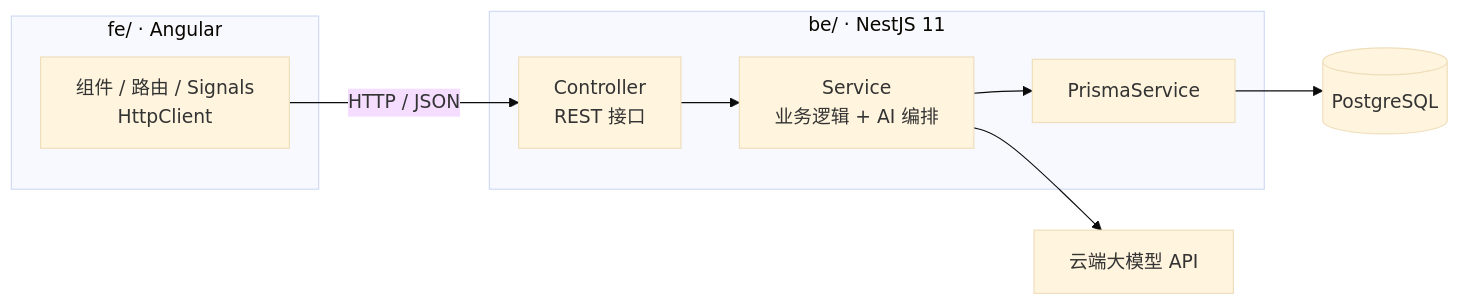
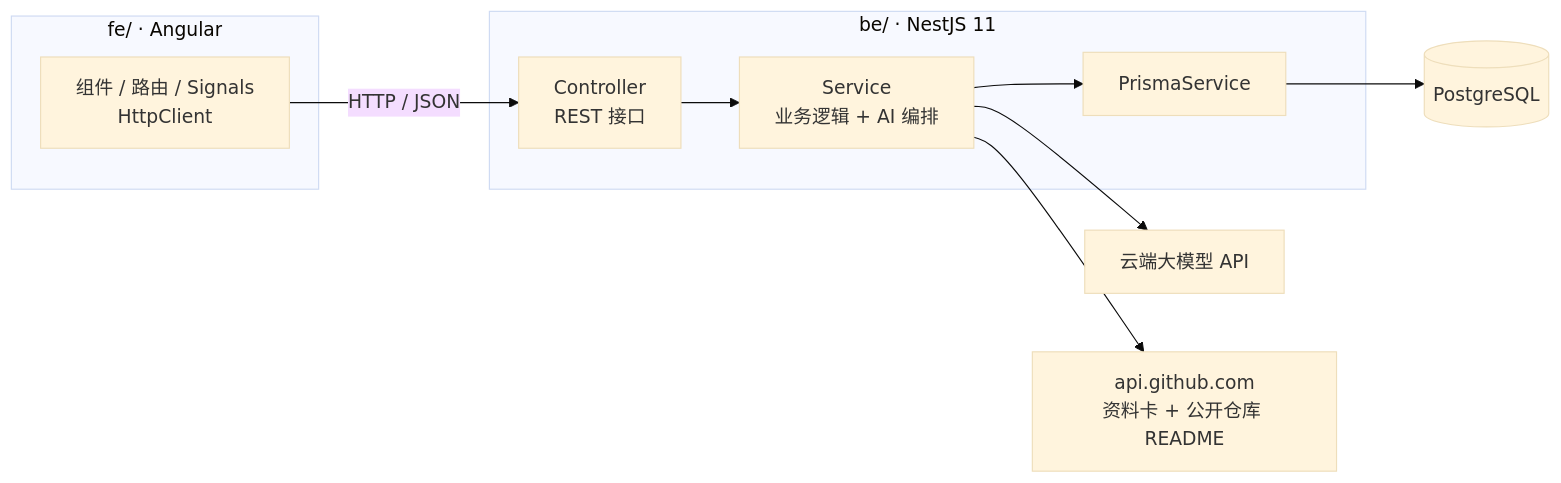
One commit to quickly3/innerup changed the diagram in docs/项目规划/05-技术方案.md. Above: the diagram before and after it, drawn with Mermaid (base theme). The commit also changed other lines of this file and 32 other files, not shown here.

````diff
--- a/docs/项目规划/05-技术方案.md
+++ b/docs/项目规划/05-技术方案.md
@@ -44,16 +45,17 @@
 ```mermaid
 flowchart LR
     subgraph FE["fe/ · Angular"]
         V["组件 / 路由 / Signals<br/>HttpClient"]
     end
     subgraph BE["be/ · NestJS 11"]
         C["Controller<br/>REST 接口"]
         S["Service<br/>业务逻辑 + AI 编排"]
         P["PrismaService"]
     end
     V -->|"HTTP / JSON"| C
     C --> S
     S --> P
     P --> DB[("PostgreSQL")]
     S --> LLM["云端大模型 API"]
+    S --> GH["api.github.com<br/>资料卡 + 公开仓库 README"]
 ```
````
